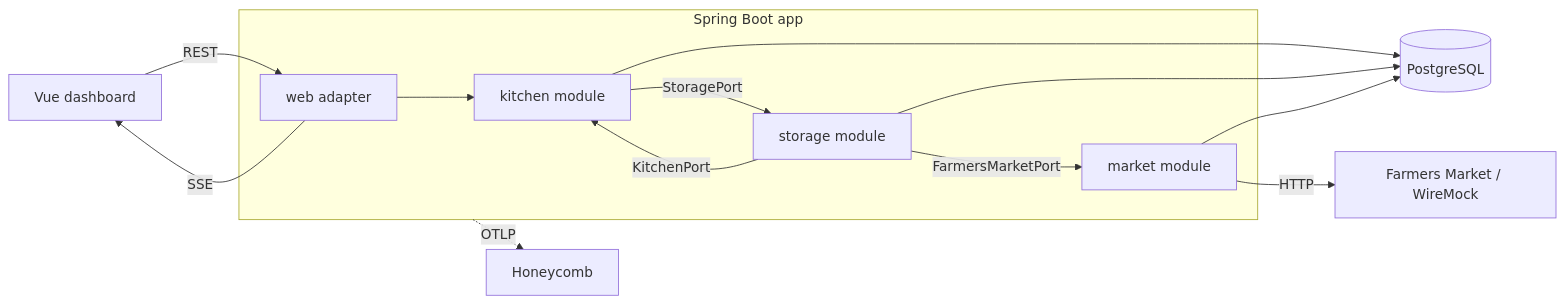
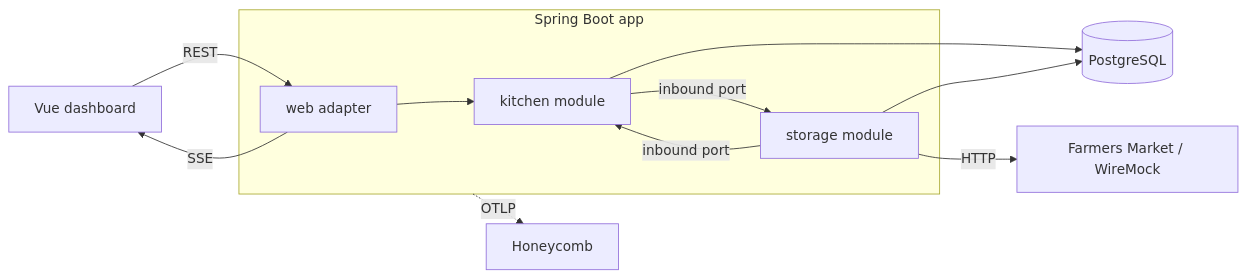
The first of 4 diagrams in docs/rfc/0001-food4good-architecture.md (rubenpad/food4good), drawn with Mermaid before and after one commit. The commit also changed other lines of this file and 3 other files, not shown here.

````diff
--- a/docs/rfc/0001-food4good-architecture.md
+++ b/docs/rfc/0001-food4good-architecture.md
@@ -29,18 +29,16 @@
 ```mermaid
 flowchart LR
   UI[Vue dashboard] -- REST --> API
   API -- SSE --> UI
   subgraph App[Spring Boot app]
     API[web adapter]
     K[kitchen module]
     S[storage module]
-    M[market module]
     API --> K
-    K -- StoragePort --> S
-    S -- KitchenPort --> K
-    S -- FarmersMarketPort --> M
+    K -- inbound port --> S
+    S -- inbound port --> K
   end
-  K & S & M --> DB[(PostgreSQL)]
-  M -- HTTP --> FM[Farmers Market / WireMock]
+  K & S --> DB[(PostgreSQL)]
+  S -- HTTP --> FM[Farmers Market / WireMock]
   App -. OTLP .-> HC[Honeycomb]
 ```
````
